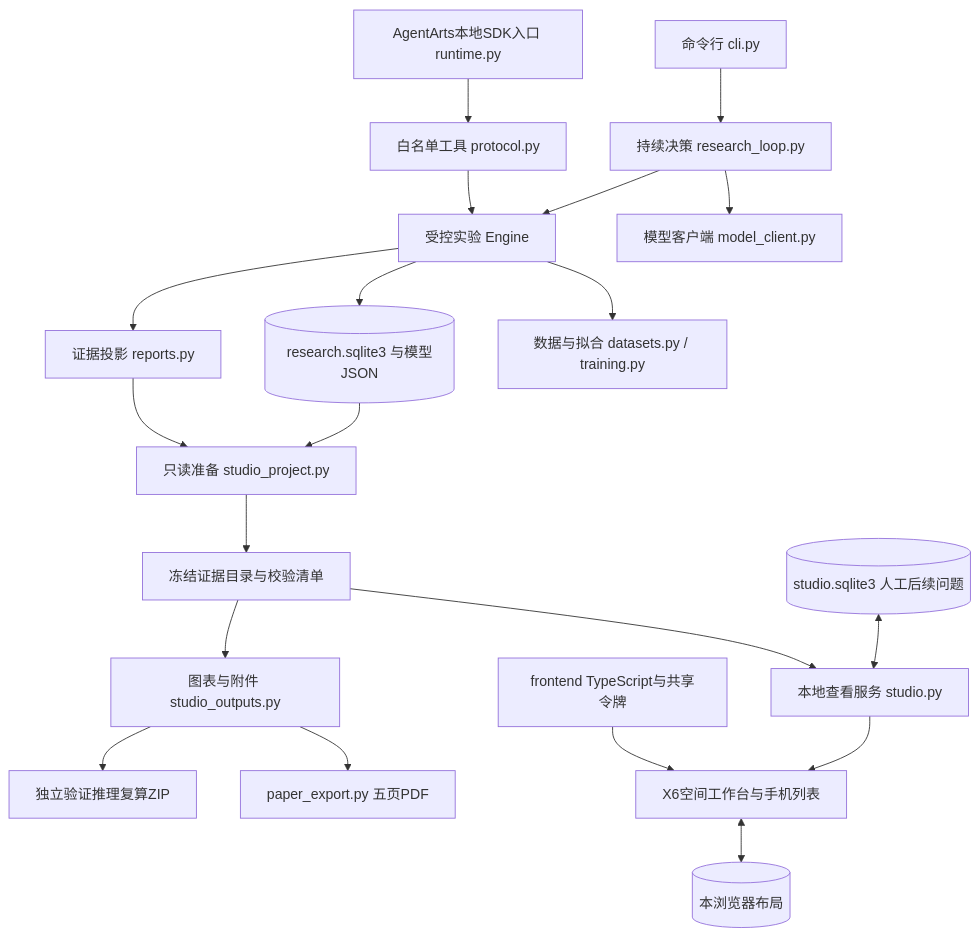
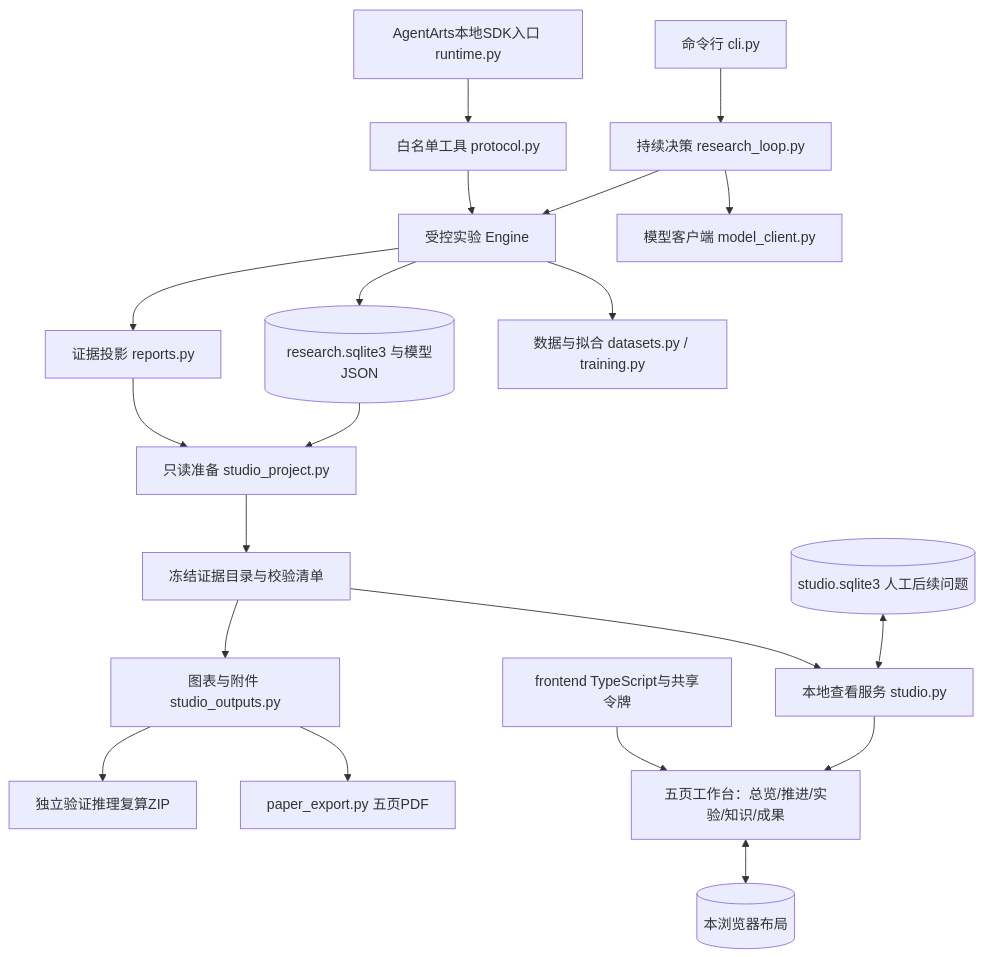
The first of 2 diagrams in docs/architecture.md (open-agent-power/auto-research-agentarts), drawn with Mermaid before and after one commit. The commit also changed other lines of this file and 19 other files, not shown here.

````diff
--- a/docs/architecture.md
+++ b/docs/architecture.md
@@ -17,22 +17,22 @@
 ```mermaid
 flowchart TB
   cli[命令行 cli.py] --> loop[持续决策 research_loop.py]
   loop --> client[模型客户端 model_client.py]
   loop --> engine[受控实验 Engine]
   sdk[AgentArts本地SDK入口 runtime.py] --> protocol[白名单工具 protocol.py]
   protocol --> engine
   engine --> train[数据与拟合 datasets.py / training.py]
   engine --> db[(research.sqlite3 与模型JSON)]
   engine --> report[证据投影 reports.py]
   db --> snapshot[只读准备 studio_project.py]
   report --> snapshot
   snapshot --> frozen[冻结证据目录与校验清单]
   frozen --> studio[本地查看服务 studio.py]
   notes[(studio.sqlite3 人工后续问题)] <--> studio
-  studio --> web[X6空间工作台与手机列表]
+  studio --> web[五页工作台：总览/推进/实验/知识/成果]
   frontend[frontend TypeScript与共享令牌] --> web
   web <--> layout[(本浏览器布局)]
   frozen --> outputs[图表与附件 studio_outputs.py]
   outputs --> pdf[paper_export.py 五页PDF]
   outputs --> zip[独立验证推理复算ZIP]
 ```
````
